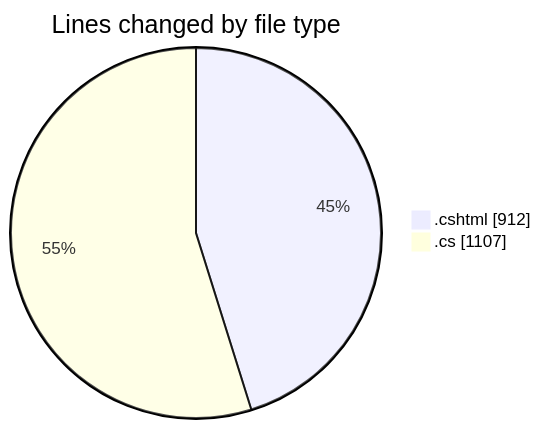
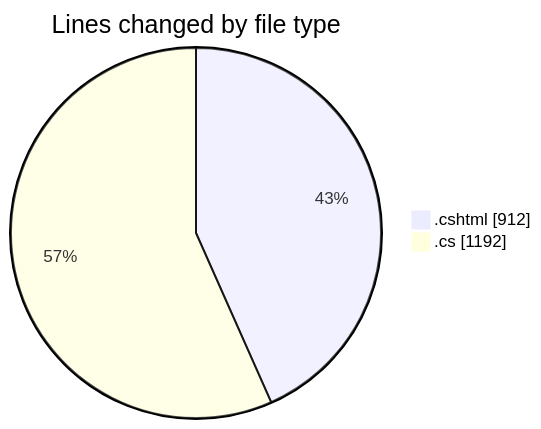
One commit to lephambinh05/code-tracking changed the first of 2 diagrams in 2025-07-17/nhahang/README.md. Above: the diagram before and after it, drawn with Mermaid. The commit also changed other lines of this file and 1 other file, not shown here.

````diff
--- a/2025-07-17/nhahang/README.md
+++ b/2025-07-17/nhahang/README.md
@@ -49,6 +49,6 @@
 ```mermaid
 pie showData
 title Lines changed by file type
 ".cshtml" : 912
-".cs" : 1107
+".cs" : 1192
 ```
````
